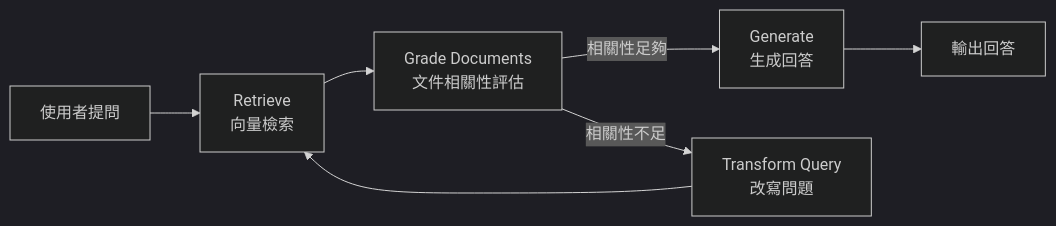
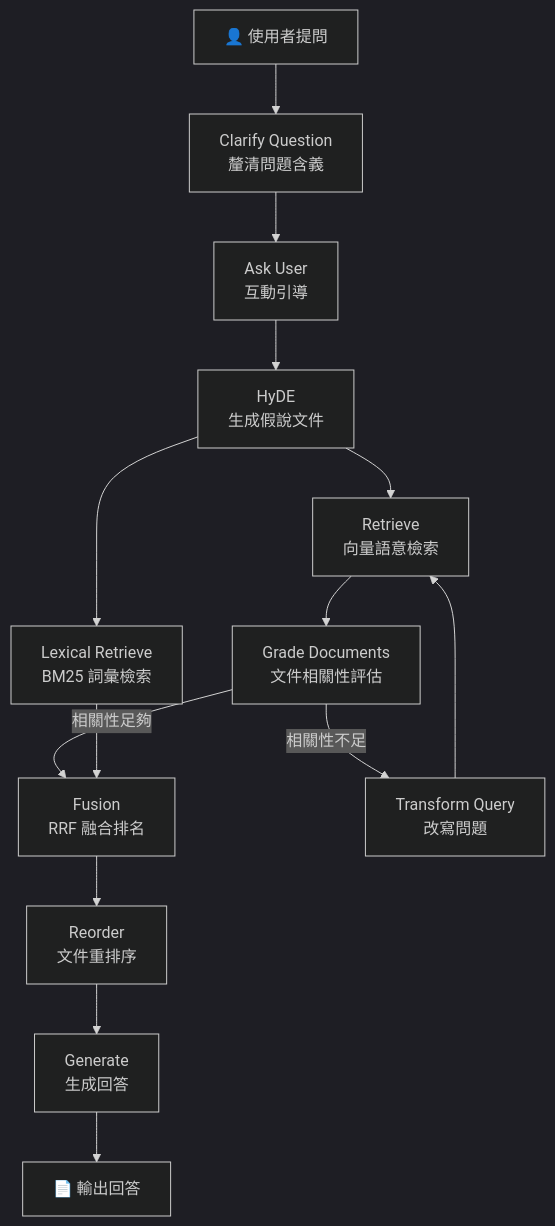
The diagram in README.md (CharlieAlex/Box-Note-RAG), drawn with Mermaid (dark theme) before and after one commit. The commit also changed other lines of this file, not shown here.

````diff
--- a/README.md
+++ b/README.md
@@ -20,9 +24,16 @@
 ```mermaid
-graph LR
-    A[使用者提問] --> B[Retrieve<br/>向量檢索]
-    B --> C[Grade Documents<br/>文件相關性評估]
-    C -->|相關性足夠| D[Generate<br/>生成回答]
-    C -->|相關性不足| E[Transform Query<br/>改寫問題]
-    E --> B
-    D --> F[輸出回答]
+graph TD
+    A[👤 使用者提問] --> B[Clarify Question<br/>釐清問題含義]
+    B --> C[Ask User<br/>互動引導]
+    C --> D[HyDE<br/>生成假說文件]
+    D --> E[Retrieve<br/>向量語意檢索]
+    D --> F[Lexical Retrieve<br/>BM25 詞彙檢索]
+    E --> G[Grade Documents<br/>文件相關性評估]
+    G -->|相關性足夠| H[Fusion<br/>RRF 融合排名]
+    G -->|相關性不足| I[Transform Query<br/>改寫問題]
+    I --> E
+    F --> H
+    H --> J[Reorder<br/>文件重排序]
+    J --> K[Generate<br/>生成回答]
+    K --> L[📄 輸出回答]
 ```
````
